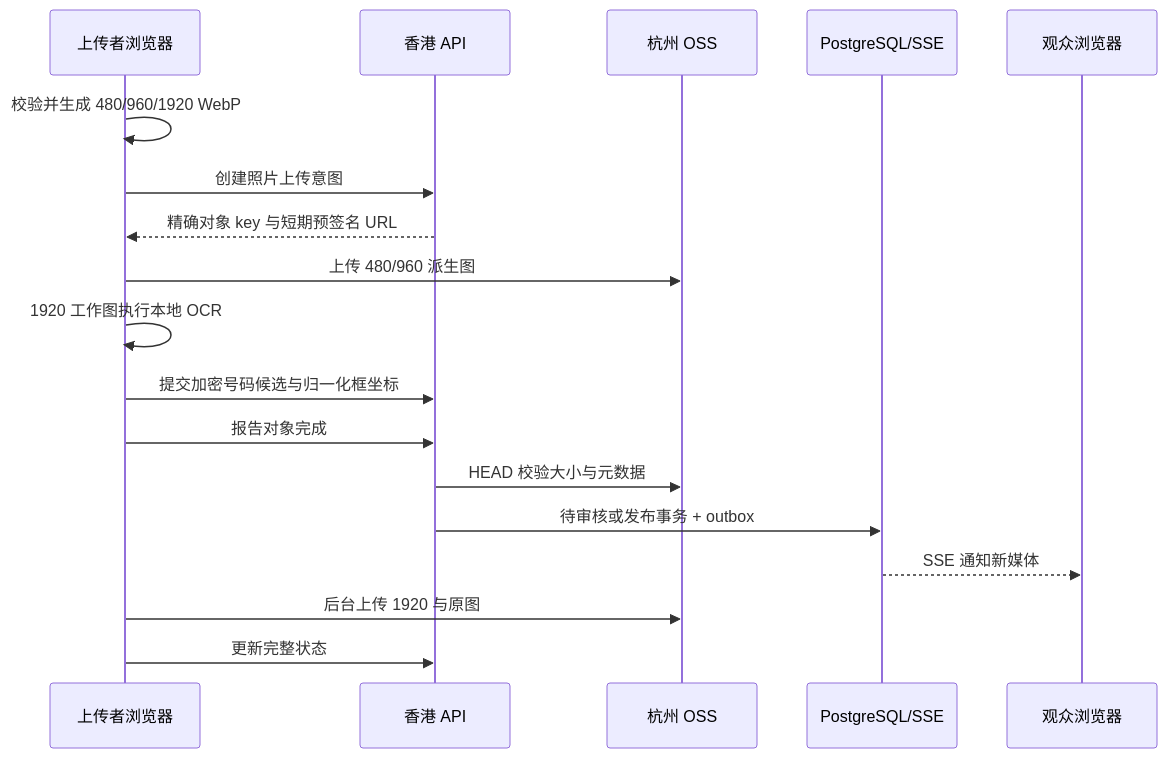
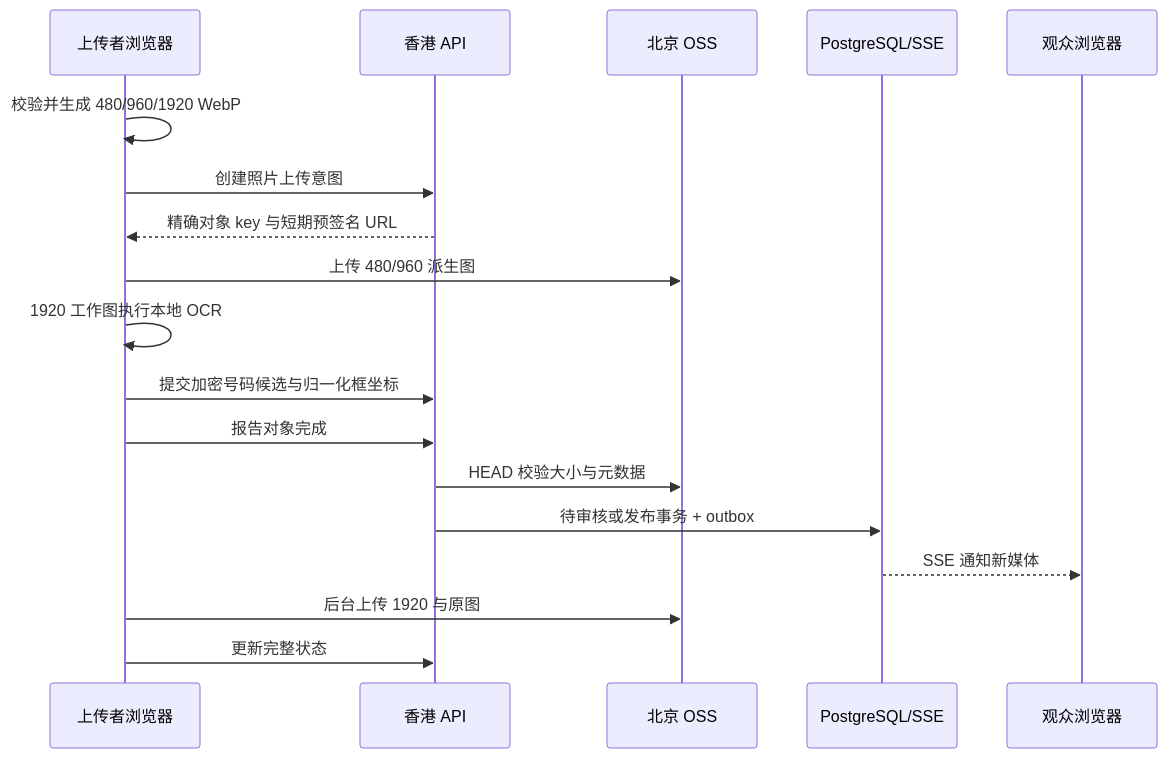
The second of 3 diagrams in docs/02-system-architecture.md (CCA3370/PhotoStream), drawn with Mermaid before and after one commit. The commit also changed other lines of this file and 34 other files, not shown here.

````diff
--- a/docs/02-system-architecture.md
+++ b/docs/02-system-architecture.md
@@ -109,21 +109,21 @@
 ```mermaid
 sequenceDiagram
     participant B as 上传者浏览器
     participant A as 香港 API
-    participant O as 杭州 OSS
+    participant O as 北京 OSS
     participant P as PostgreSQL/SSE
     participant V as 观众浏览器
 
     B->>B: 校验并生成 480/960/1920 WebP
     B->>A: 创建照片上传意图
     A-->>B: 精确对象 key 与短期预签名 URL
     B->>O: 上传 480/960 派生图
     B->>B: 1920 工作图执行本地 OCR
     B->>A: 提交加密号码候选与归一化框坐标
     B->>A: 报告对象完成
     A->>O: HEAD 校验大小与元数据
     A->>P: 待审核或发布事务 + outbox
     P-->>V: SSE 通知新媒体
     B->>O: 后台上传 1920 与原图
     B->>A: 更新完整状态
 ```
````
